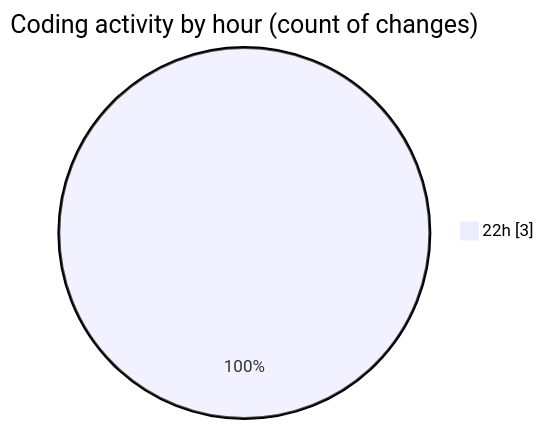
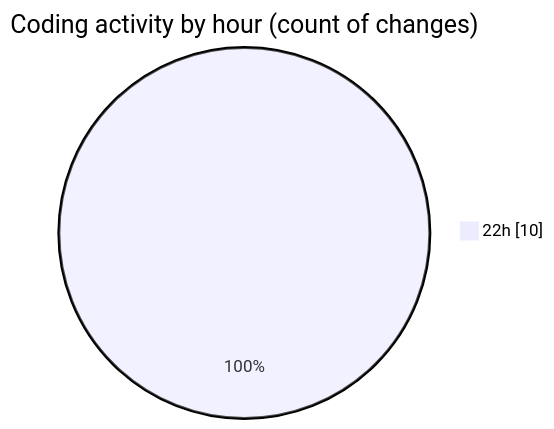
One commit to Ritupan-Deka/code-tracking changed the second of 2 diagrams in 2025-11-03/backend/README.md. Above: the diagram before and after it, drawn with Mermaid. The commit also changed other lines of this file and 1 other file, not shown here.

````diff
--- a/2025-11-03/backend/README.md
+++ b/2025-11-03/backend/README.md
@@ -30,5 +32,5 @@
 ```mermaid
 pie showData
 title Coding activity by hour (count of changes)
-"22h" : 3
+"22h" : 10
 ```
````
